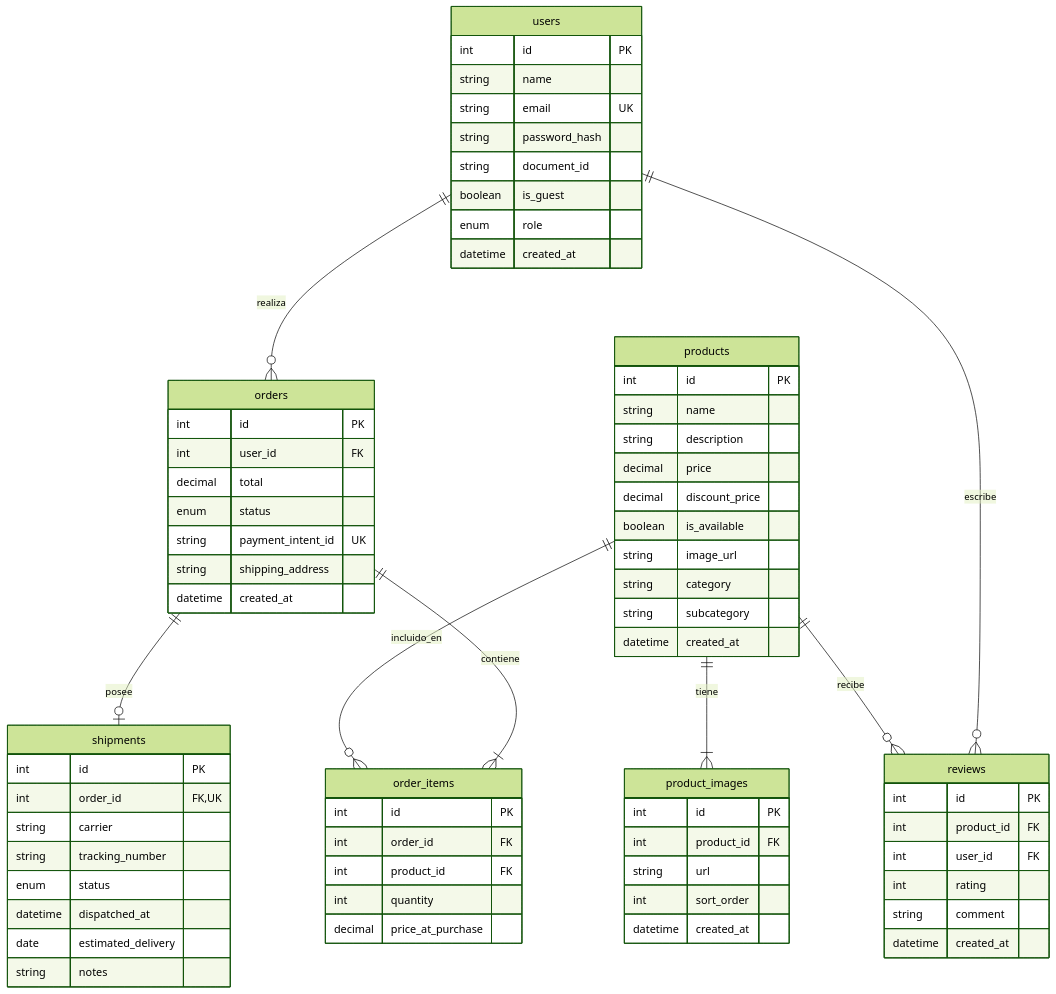
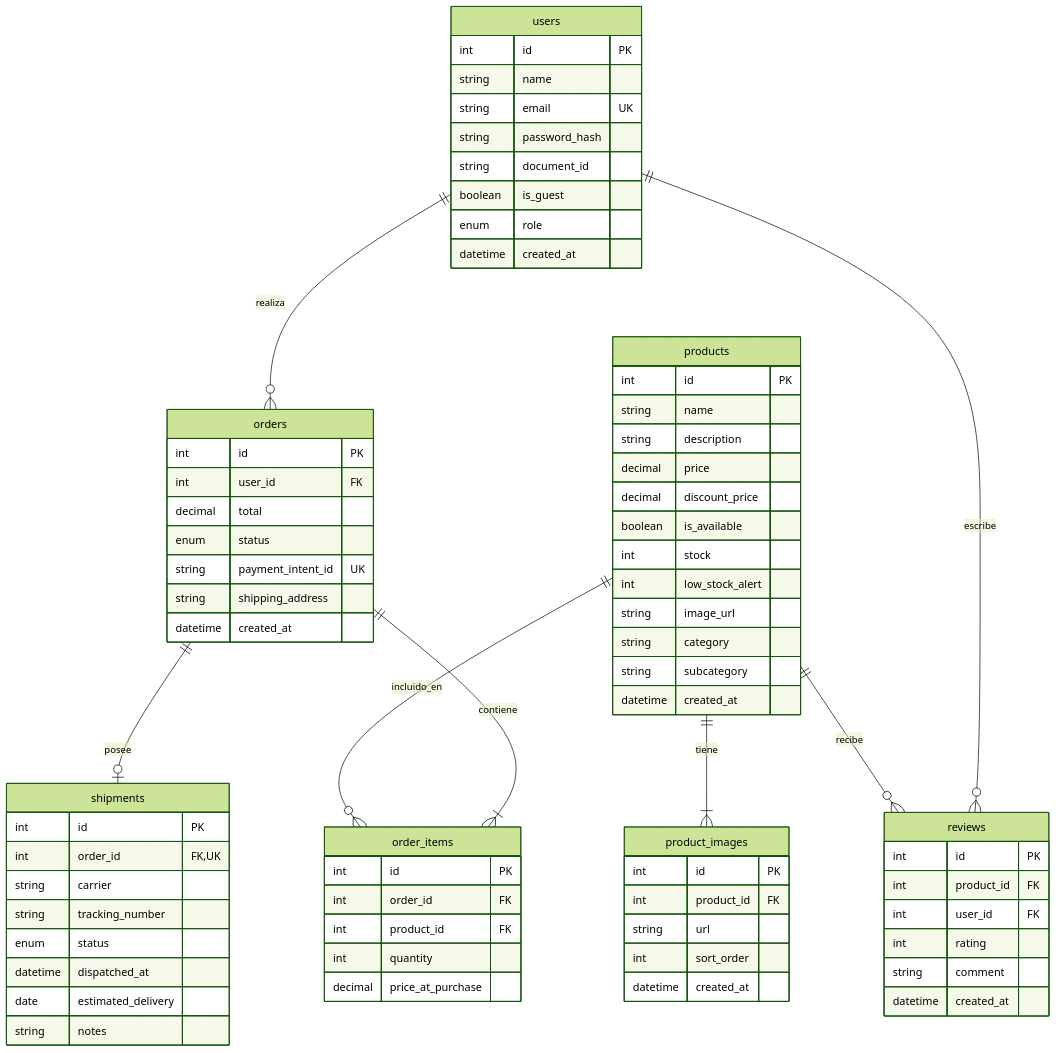
Before and after one commit to juanmatz/almarte-ecommerce: the second of 5 diagrams in docs/documentation.md, drawn with Mermaid (forest theme). The commit also changed other lines of this file and 53 other files, not shown here.

````diff
--- a/docs/documentation.md
+++ b/docs/documentation.md
@@ -128,80 +128,82 @@
 ```mermaid
 erDiagram
     users ||--o{ orders : "realiza"
     users ||--o{ reviews : "escribe"
     orders ||--|{ order_items : "contiene"
     orders ||--o| shipments : "posee"
     products ||--|{ product_images : "tiene"
     products ||--o{ order_items : "incluido_en"
     products ||--o{ reviews : "recibe"
 
     users {
         int id PK
         string name
         string email UK
         string password_hash
         string document_id
         boolean is_guest
         enum role
         datetime created_at
     }
 
     products {
         int id PK
         string name
         string description
         decimal price
         decimal discount_price
         boolean is_available
+        int stock
+        int low_stock_alert
         string image_url
         string category
         string subcategory
         datetime created_at
     }
 
     product_images {
         int id PK
         int product_id FK
         string url
         int sort_order
         datetime created_at
     }
 
     orders {
         int id PK
         int user_id FK
         decimal total
         enum status
         string payment_intent_id UK
         string shipping_address
         datetime created_at
     }
 
     order_items {
         int id PK
         int order_id FK
         int product_id FK
         int quantity
         decimal price_at_purchase
     }
 
     reviews {
         int id PK
         int product_id FK
         int user_id FK
         int rating
         string comment
         datetime created_at
     }
 
     shipments {
         int id PK
         int order_id FK,UK
         string carrier
         string tracking_number
         enum status
         datetime dispatched_at
         date estimated_delivery
         string notes
     }
 ```
````
